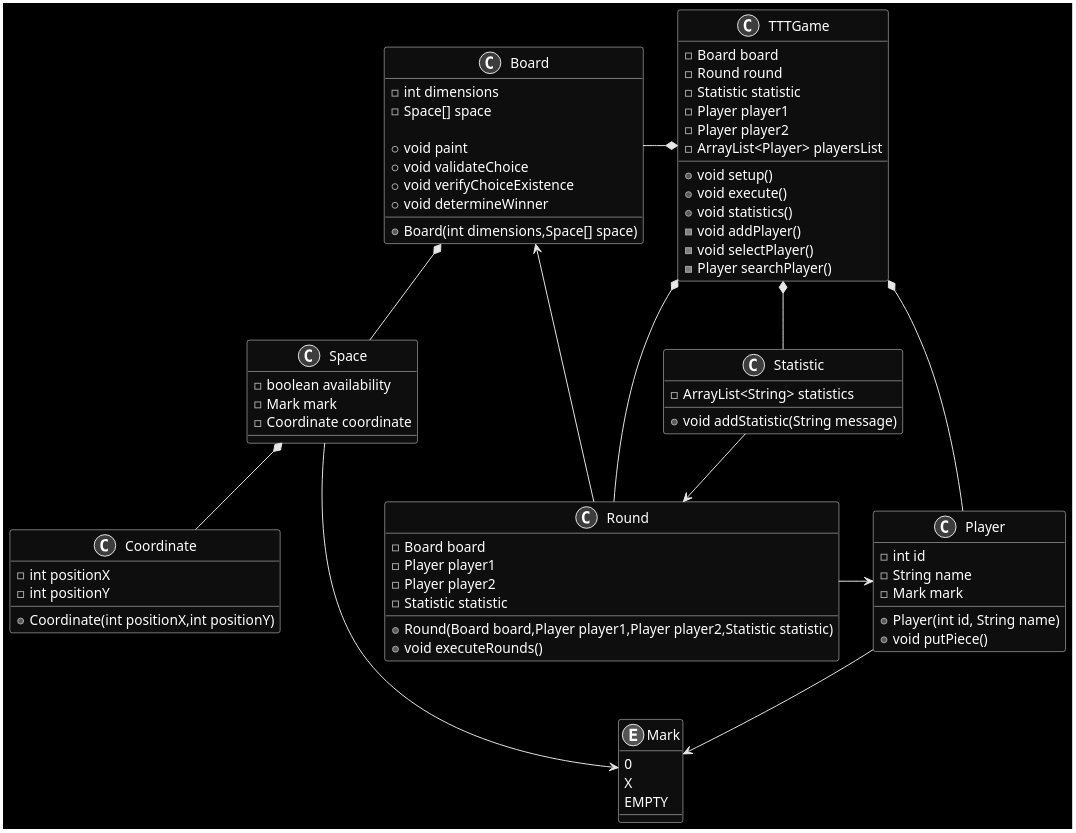
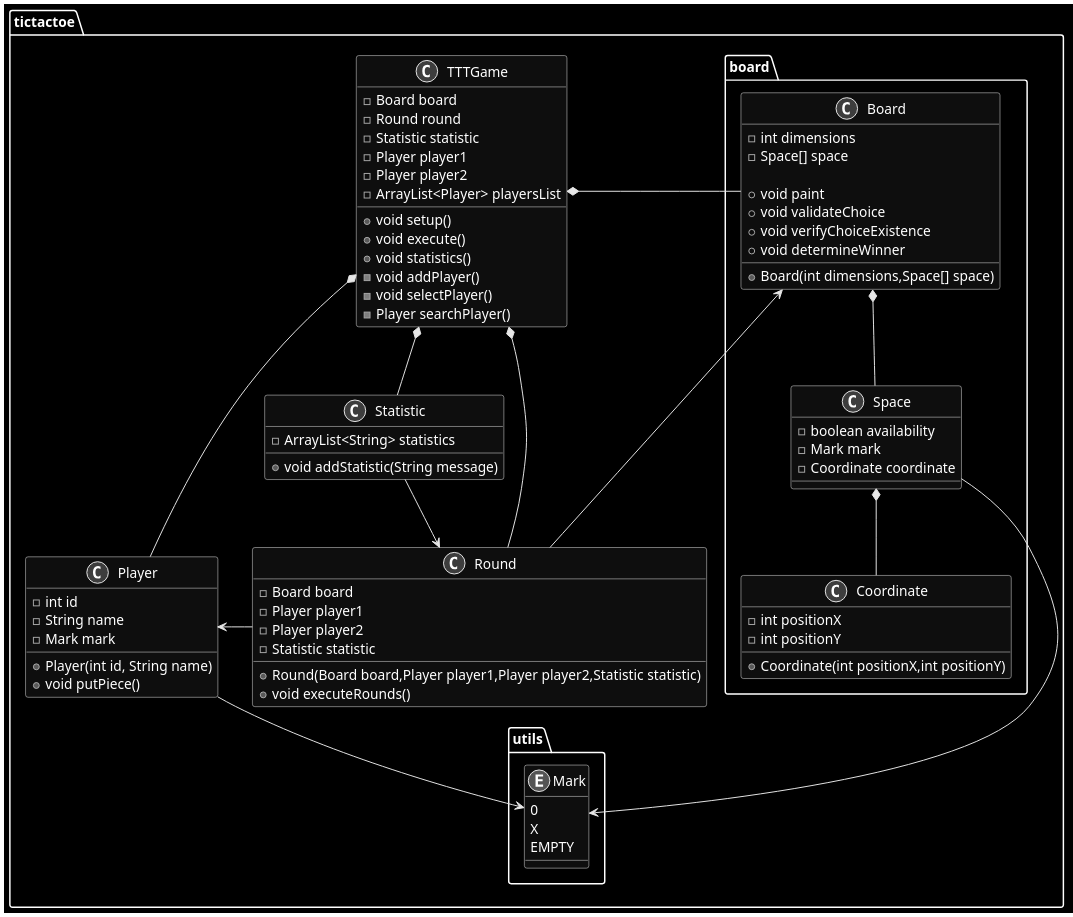
The diagram in docs/ClassModel.wsd (oliver-sierra-telus/DSU-TicTacToe), drawn with PlantUML before and after one commit. The commit also changed 1 other file, not shown here.

Commit message:
Organize: class diagram in packages

```diff
--- a/docs/ClassModel.wsd
+++ b/docs/ClassModel.wsd
@@ -1,93 +1,99 @@
 @startuml ClassModel
 
 skinparam monochrome reverse
 
-class TTTGame{
-    -Board board
-    -Round round
-    -Statistic statistic
-    -Player player1
-    -Player player2
-    -ArrayList<Player> playersList
+package tictactoe{
+    class TTTGame{
+        -Board board
+        -Round round
+        -Statistic statistic
+        -Player player1
+        -Player player2
+        -ArrayList<Player> playersList
 
-    +void setup()
-    +void execute()
-    +void statistics()
-    -void addPlayer()
-    -void selectPlayer()
-    -Player searchPlayer()
-}
+        +void setup()
+        +void execute()
+        +void statistics()
+        -void addPlayer()
+        -void selectPlayer()
+        -Player searchPlayer()
+    }
 
-class Board{
-    -int dimensions
-    -Space[] space
+    class Player{
+        -int id
+        -String name
+        -Mark mark
 
-    +Board(int dimensions,Space[] space)
-    +void paint
-    +void validateChoice
-    +void verifyChoiceExistence
-    +void determineWinner
-}
+        +Player(int id, String name)
+        +void putPiece()
+    }
 
-class Space{
-    -boolean availability
-    -Mark mark
-    -Coordinate coordinate
-}
+    class Round{
+        -Board board
+        -Player player1
+        -Player player2
+        -Statistic statistic
 
-class Coordinate{
-    -int positionX
-    -int positionY
+        +Round(Board board,Player player1,Player player2,Statistic statistic)
+        +void executeRounds()
+    }
 
-    +Coordinate(int positionX,int positionY)
-}
+    class Statistic{
+        -ArrayList<String> statistics
 
-enum Mark{
-    0
-    X
-    EMPTY
-}
+        +void addStatistic(String message)
+    }
 
-class Player{
-    -int id
-    -String name
-    -Mark mark
+    package board{
+        class Board{
+            -int dimensions
+            -Space[] space
 
-    +Player(int id, String name)
-    +void putPiece()
-}
+            +Board(int dimensions,Space[] space)
+            +void paint
+            +void validateChoice
+            +void verifyChoiceExistence
+            +void determineWinner
+        }
 
-class Round{
-    -Board board
-    -Player player1
-    -Player player2
-    -Statistic statistic
+        class Space{
+            -boolean availability
+            -Mark mark
+            -Coordinate coordinate
+        }
 
-    +Round(Board board,Player player1,Player player2,Statistic statistic)
-    +void executeRounds()
-}
+        class Coordinate{
+            -int positionX
+            -int positionY
 
-class Statistic{
-    -ArrayList<String> statistics
+            +Coordinate(int positionX,int positionY)
+        }
+    }
 
-    +void addStatistic(String message)
+    package utils{
+        enum Mark{
+            0
+            X
+            EMPTY
+        }
+    }
 }
 
 TTTGame *-left- Board
 TTTGame *-- Player
 TTTGame *-- Round
 TTTGame *-- Statistic
 
 Board *-- Space
 
 Space *-- Coordinate
 
 Round -left-> Board
 Round -right-> Player
 
 Statistic --> Round
 
 Player --> Mark
 Space --> Mark
 
 @enduml
```
